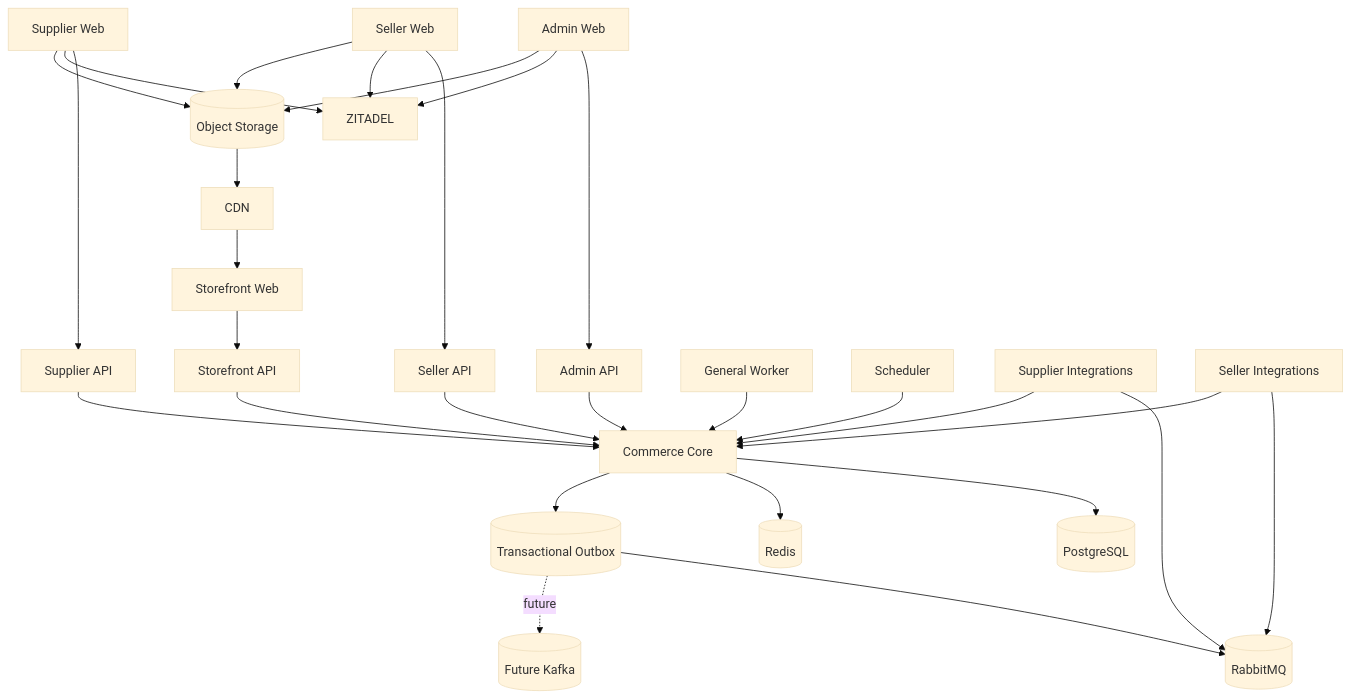
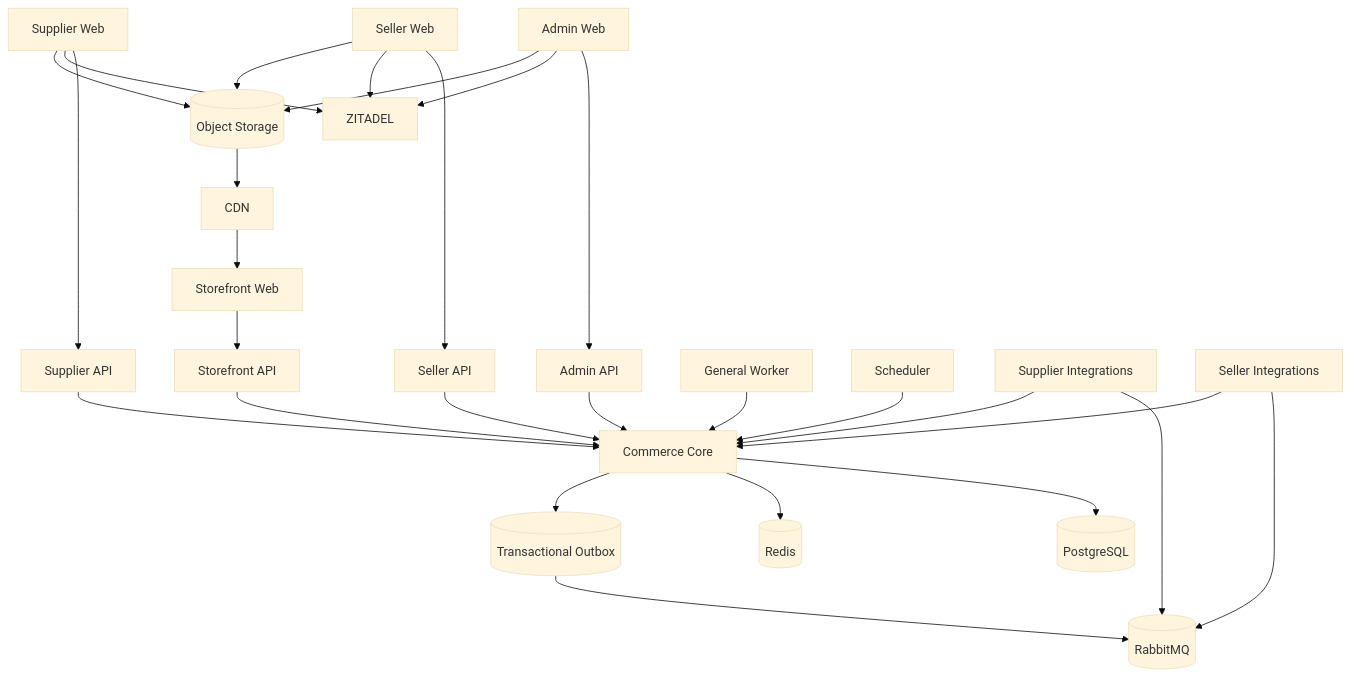
One commit to AFZidan/matjero changed the first of 6 diagrams in docs/plans/architecture-plan.md. Above: the diagram before and after it, drawn with Mermaid (base theme). The commit also changed other lines of this file and 9 other files, not shown here.

First line of the commit message:
docs: standardize RabbitMQ messaging architecture

````diff
--- a/docs/plans/architecture-plan.md
+++ b/docs/plans/architecture-plan.md
@@ -63,61 +62,59 @@
 ```mermaid
 flowchart TB
     AdminWeb[Admin Web]
     SellerWeb[Seller Web]
     SupplierWeb[Supplier Web]
     StorefrontWeb[Storefront Web]
 
     AdminAPI[Admin API]
     SellerAPI[Seller API]
     SupplierAPI[Supplier API]
     StorefrontAPI[Storefront API]
 
     Core[Commerce Core]
     Worker[General Worker]
     Scheduler[Scheduler]
 
     SupplierIntegrations[Supplier Integrations]
     SellerIntegrations[Seller Integrations]
 
     PG[(PostgreSQL)]
     Redis[(Redis)]
     Rabbit[(RabbitMQ)]
     Outbox[(Transactional Outbox)]
-    Kafka[(Future Kafka)]
     Zitadel[ZITADEL]
     ObjectStorage[(Object Storage)]
     CDN[CDN]
 
     AdminWeb --> AdminAPI
     SellerWeb --> SellerAPI
     SupplierWeb --> SupplierAPI
     StorefrontWeb --> StorefrontAPI
 
     AdminWeb --> Zitadel
     SellerWeb --> Zitadel
     SupplierWeb --> Zitadel
 
     AdminAPI --> Core
     SellerAPI --> Core
     SupplierAPI --> Core
     StorefrontAPI --> Core
     Worker --> Core
     Scheduler --> Core
 
     Core --> PG
     Core --> Redis
     Core --> Outbox
     Outbox --> Rabbit
-    Outbox -. future .-> Kafka
 
     SupplierIntegrations --> Rabbit
     SellerIntegrations --> Rabbit
     SupplierIntegrations --> Core
     SellerIntegrations --> Core
 
     AdminWeb --> ObjectStorage
     SellerWeb --> ObjectStorage
     SupplierWeb --> ObjectStorage
     ObjectStorage --> CDN
     CDN --> StorefrontWeb
 ```
````
